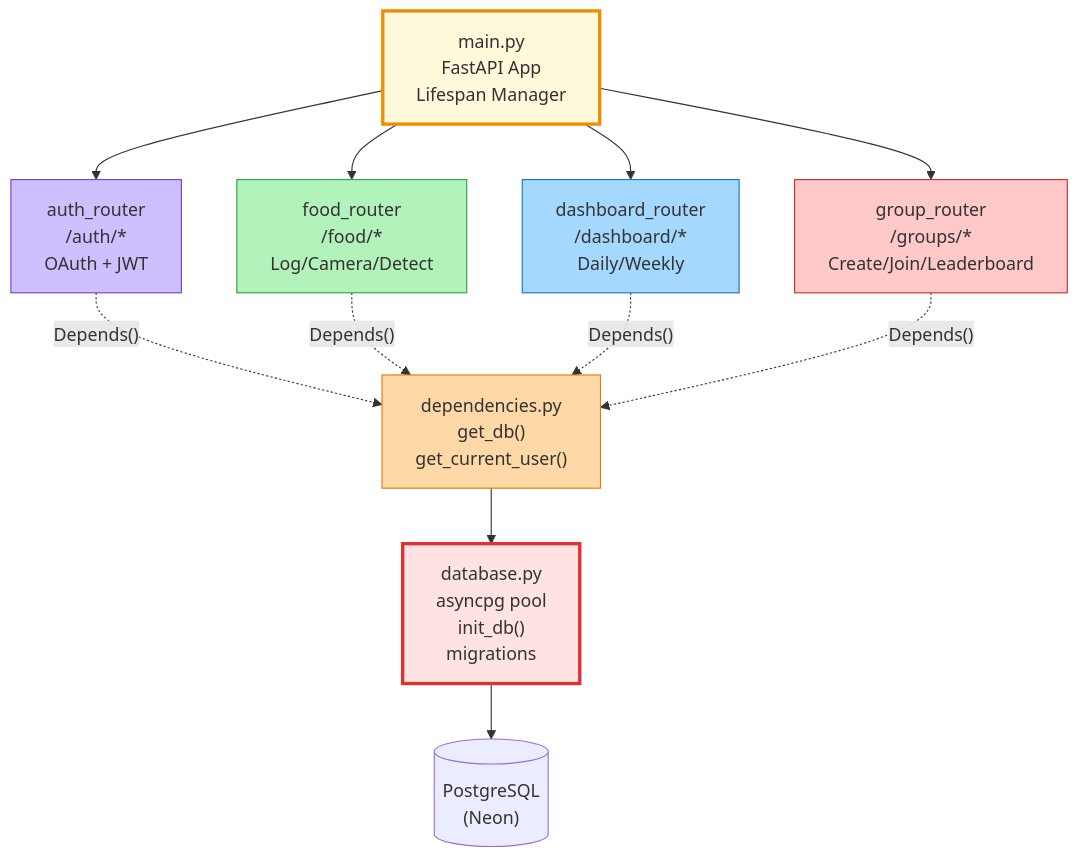
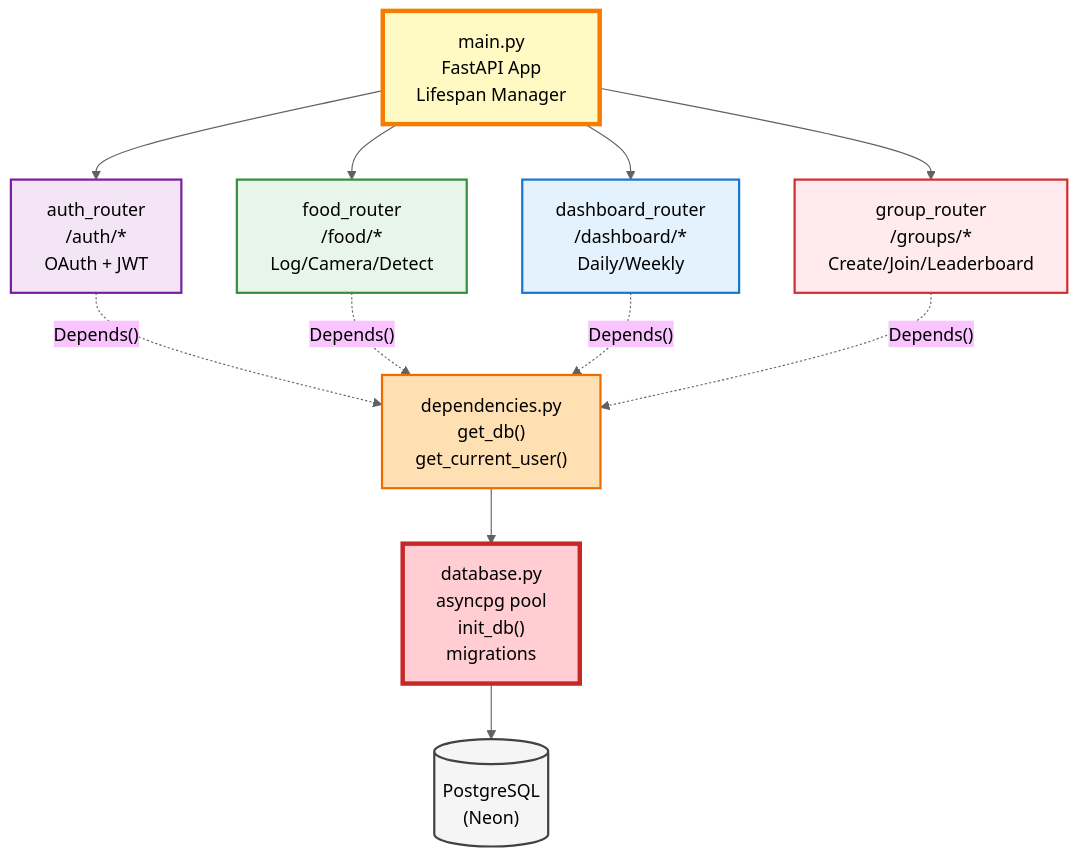
One commit to shra1-honade/protein-calorie-tracker changed the second of 6 diagrams in docs/ARCHITECTURE.md. Above: the diagram before and after it, drawn with Mermaid. The commit also changed other lines of this file, not shown here.

First line of the commit message:
Improve Mermaid diagram styling with better colors

````diff
--- a/docs/ARCHITECTURE.md
+++ b/docs/ARCHITECTURE.md
@@ -28,23 +29,25 @@
 ```mermaid
+%%{init: {'theme':'base', 'themeVariables': { 'primaryColor':'#fff9c4','primaryTextColor':'#000','primaryBorderColor':'#f57c00','lineColor':'#616161'}}}%%
 graph TD
     Main["main.py<br/>FastAPI App<br/>Lifespan Manager"] --> Auth["auth_router<br/>/auth/*<br/>OAuth + JWT"]
     Main --> Food["food_router<br/>/food/*<br/>Log/Camera/Detect"]
     Main --> Dashboard["dashboard_router<br/>/dashboard/*<br/>Daily/Weekly"]
     Main --> Groups["group_router<br/>/groups/*<br/>Create/Join/Leaderboard"]
 
     Auth -.->|"Depends()"| Deps["dependencies.py<br/>get_db()<br/>get_current_user()"]
     Food -.->|"Depends()"| Deps
     Dashboard -.->|"Depends()"| Deps
     Groups -.->|"Depends()"| Deps
 
     Deps --> DB["database.py<br/>asyncpg pool<br/>init_db()<br/>migrations"]
     DB --> Postgres[("PostgreSQL<br/>(Neon)")]
 
-    style Main fill:#fff9db,stroke:#f08c00,stroke-width:3px
-    style Auth fill:#d0bfff,stroke:#6741d9
-    style Food fill:#b2f2bb,stroke:#2f9e44
-    style Dashboard fill:#a5d8ff,stroke:#1971c2
-    style Groups fill:#ffc9c9,stroke:#c92a2a
-    style Deps fill:#ffd8a8,stroke:#e67700
-    style DB fill:#ffe3e3,stroke:#e03131,stroke-width:3px
+    style Main fill:#FFF9C4,stroke:#F57C00,stroke-width:4px,color:#000
+    style Auth fill:#F3E5F5,stroke:#7B1FA2,stroke-width:2px,color:#000
+    style Food fill:#E8F5E9,stroke:#388E3C,stroke-width:2px,color:#000
+    style Dashboard fill:#E3F2FD,stroke:#1976D2,stroke-width:2px,color:#000
+    style Groups fill:#FFEBEE,stroke:#D32F2F,stroke-width:2px,color:#000
+    style Deps fill:#FFE0B2,stroke:#EF6C00,stroke-width:2px,color:#000
+    style DB fill:#FFCDD2,stroke:#C62828,stroke-width:4px,color:#000
+    style Postgres fill:#F5F5F5,stroke:#424242,stroke-width:2px,color:#000
 ```
````
